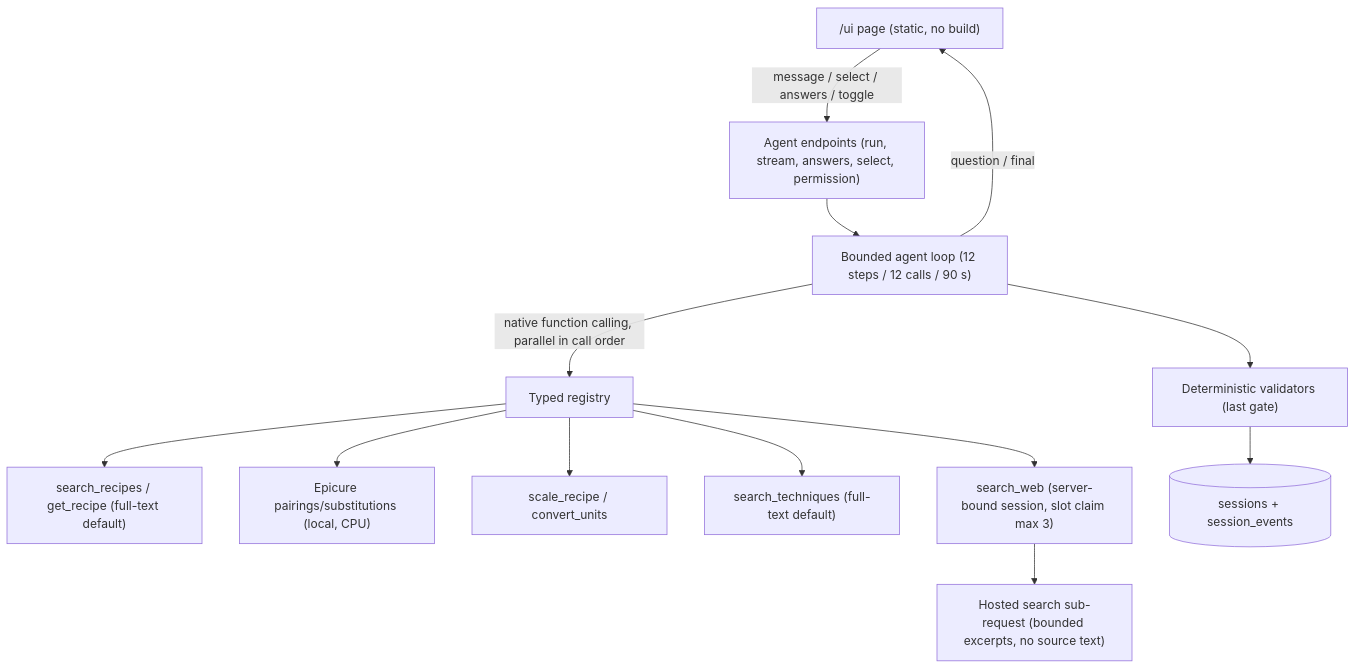
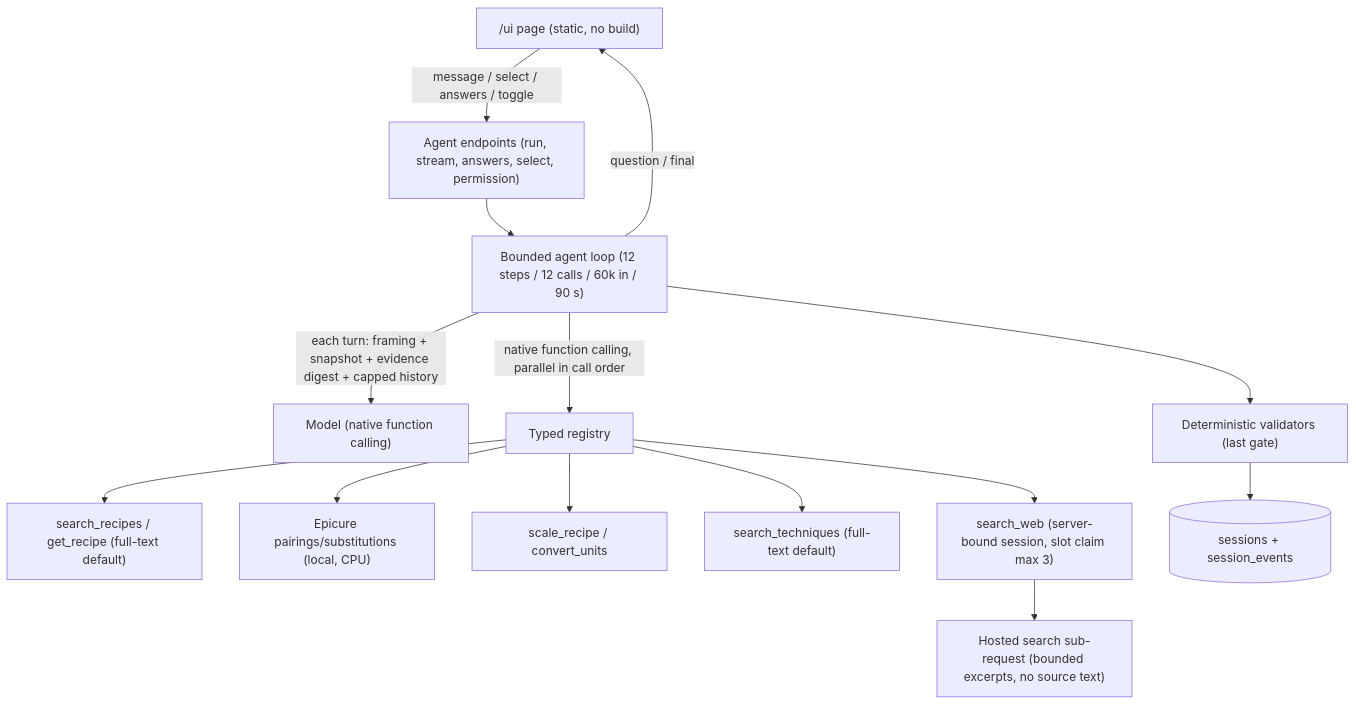
The eighth of 9 diagrams in docs/architecture/request-flows.md (fssonca/culinary-copilot), drawn with Mermaid before and after one commit. The commit also changed other lines of this file and 39 other files, not shown here.

````diff
--- a/docs/architecture/request-flows.md
+++ b/docs/architecture/request-flows.md
@@ -335,15 +336,16 @@
 ```mermaid
 flowchart TD
     UI["/ui page (static, no build)"] -->|message / select / answers / toggle| AgentAPI["Agent endpoints (run, stream, answers, select, permission)"]
-    AgentAPI --> Loop["Bounded agent loop (12 steps / 12 calls / 90 s)"]
+    AgentAPI --> Loop["Bounded agent loop (12 steps / 12 calls / 60k in / 90 s)"]
+    Loop -->|"each turn: framing + snapshot + evidence digest + capped history"| Model["Model (native function calling)"]
     Loop -->|"native function calling, parallel in call order"| Tools["Typed registry"]
     Tools --> Recipes["search_recipes / get_recipe (full-text default)"]
     Tools --> Epicure["Epicure pairings/substitutions (local, CPU)"]
     Tools --> Measure["scale_recipe / convert_units"]
     Tools --> Tech["search_techniques (full-text default)"]
     Tools --> Web["search_web (server-bound session, slot claim max 3)"]
     Web --> Hosted["Hosted search sub-request (bounded excerpts, no source text)"]
     Loop --> Validate["Deterministic validators (last gate)"]
     Validate --> Events[("sessions + session_events")]
     Loop -->|question / final| UI
 ```
````
